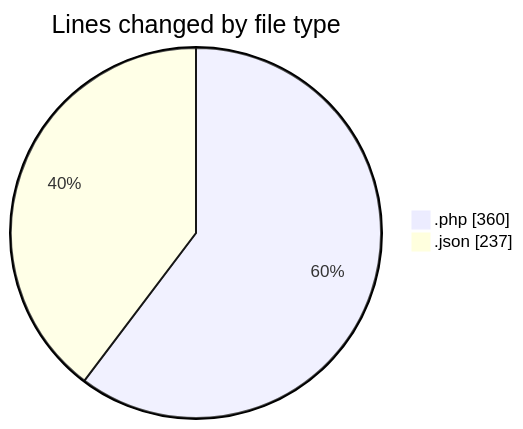
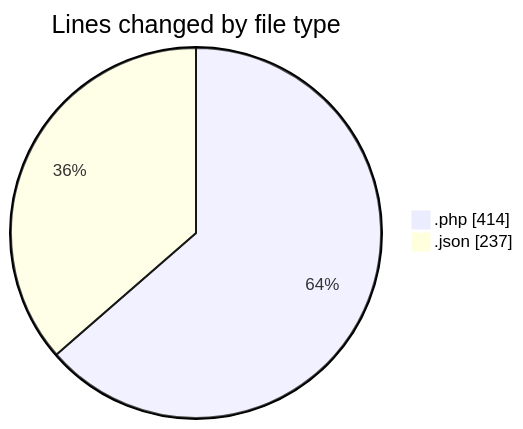
One commit to idhammustaqopulfikri/code-tracking changed the first of 2 diagrams in 2025-06-02/studio-backend/README.md. Above: the diagram before and after it, drawn with Mermaid. The commit also changed other lines of this file and 1 other file, not shown here.

````diff
--- a/2025-06-02/studio-backend/README.md
+++ b/2025-06-02/studio-backend/README.md
@@ -27,6 +27,6 @@
 ```mermaid
 pie showData
 title Lines changed by file type
-".php" : 360
+".php" : 414
 ".json" : 237
 ```
````
